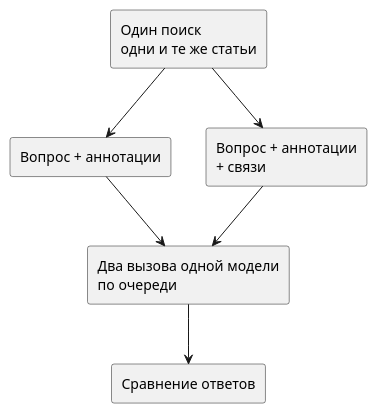
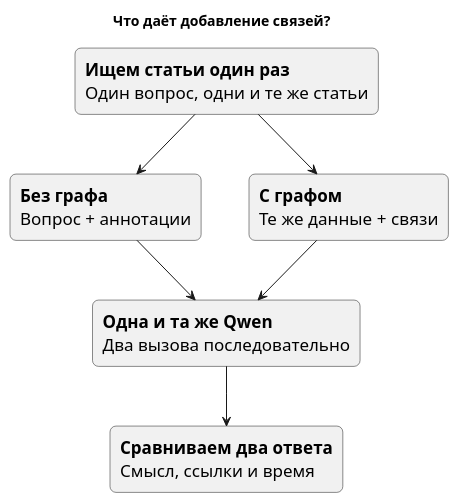
One commit to P0dp1vass/graphrag-papers-review changed the diagram in diagrams/02-ablation.puml. Above: the diagram before and after it, drawn with PlantUML. The commit also changed 5 other files, not shown here.

First line of the commit message:
Clarify the three review diagrams

```diff
--- a/diagrams/02-ablation.puml
+++ b/diagrams/02-ablation.puml
@@ -1,13 +1,20 @@
 @startuml
+title Что даёт добавление связей?
+skinparam monochrome true
 skinparam shadowing false
-rectangle "Один поиск\nодни и те же статьи" as search
-rectangle "Вопрос + аннотации" as plain
-rectangle "Вопрос + аннотации\n+ связи" as enriched
-rectangle "Два вызова одной модели\nпо очереди" as llm
-rectangle "Сравнение ответов" as compare
-search --> plain
-search --> enriched
-plain --> llm
-enriched --> llm
-llm --> compare
+skinparam roundcorner 12
+skinparam defaultFontSize 17
+skinparam nodesep 48
+
+rectangle "<b>Ищем статьи один раз</b>\nОдин вопрос, одни и те же статьи" as search
+rectangle "<b>Без графа</b>\nВопрос + аннотации" as plain
+rectangle "<b>С графом</b>\nТе же данные + связи" as enriched
+rectangle "<b>Одна и та же Qwen</b>\nДва вызова последовательно" as llm
+rectangle "<b>Сравниваем два ответа</b>\nСмысл, ссылки и время" as compare
+
+search -down-> plain
+search -down-> enriched
+plain -down-> llm
+enriched -down-> llm
+llm -down-> compare
 @enduml
```
